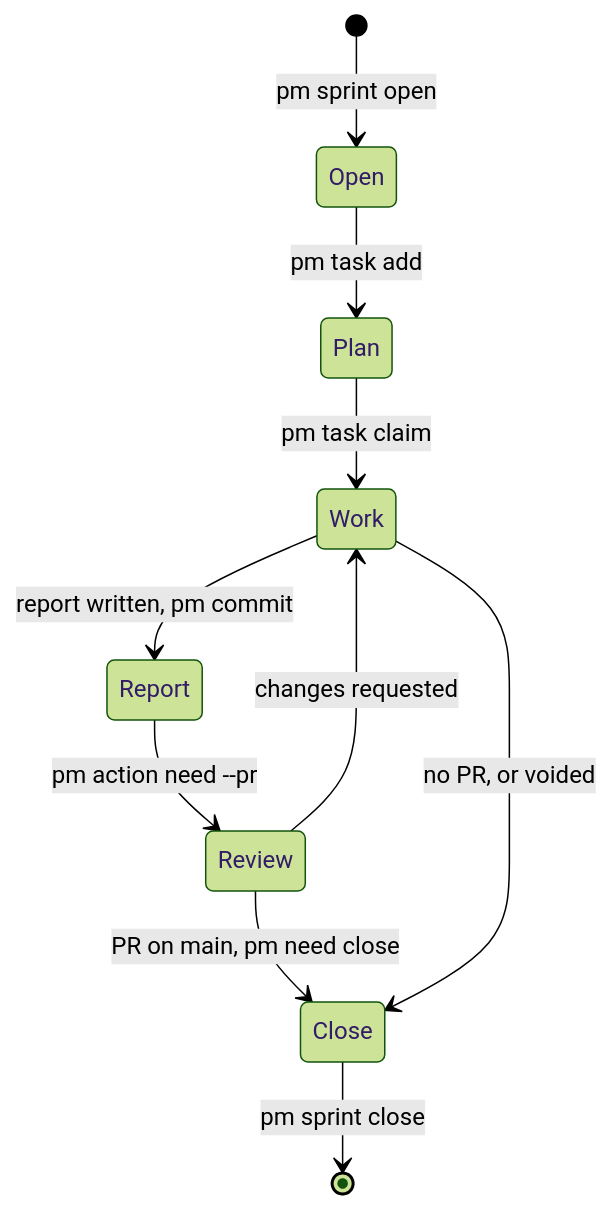
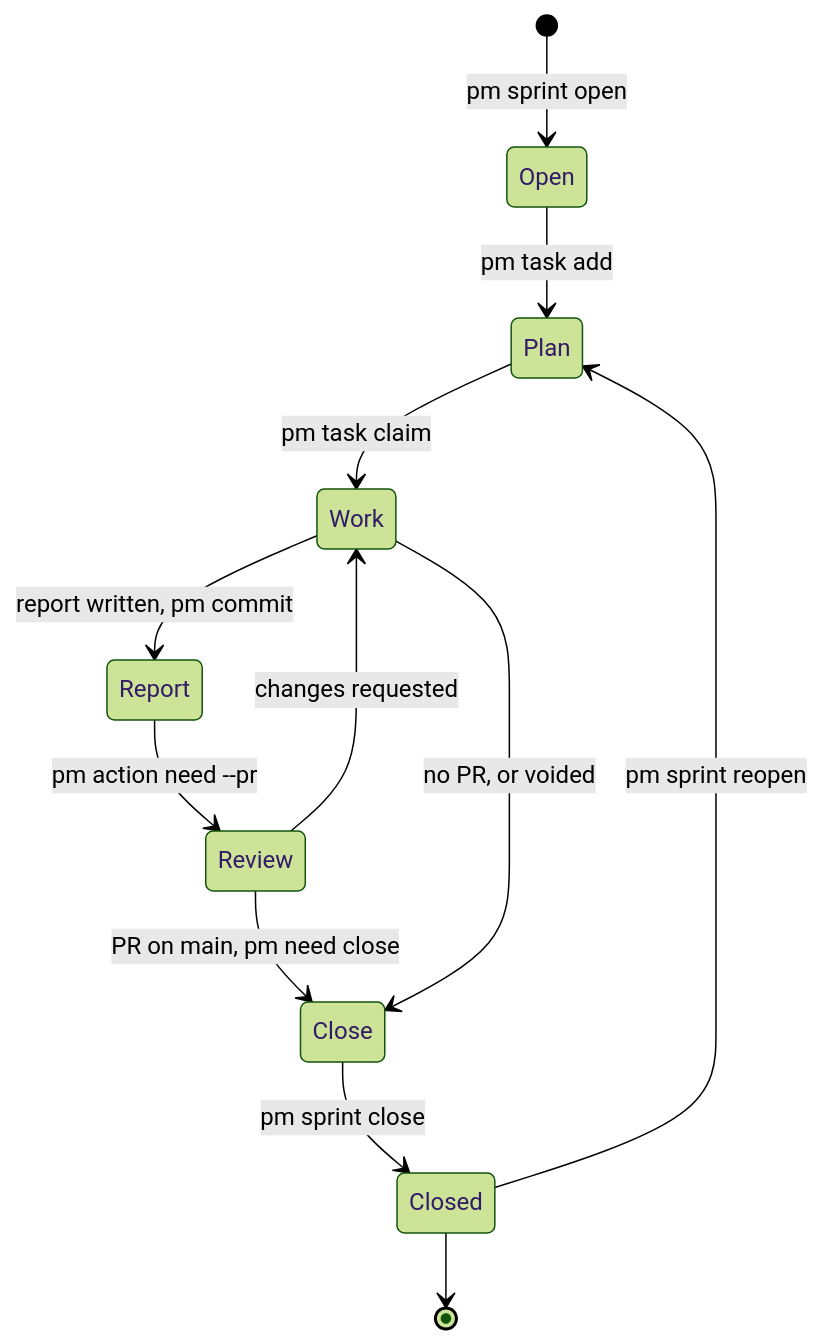
Before and after one commit to Yeeef/pm: the diagram in design/sprint-lifecycle.md, drawn with Mermaid (forest theme). The commit also changed other lines of this file and 6 other files, not shown here.

First line of the commit message:
[SPRINT] pm-quality sprint 41: closed, merged as 5d8b86d

````diff
--- a/design/sprint-lifecycle.md
+++ b/design/sprint-lifecycle.md
@@ -79,12 +79,14 @@
 ```mermaid
 stateDiagram-v2
   [*] --> Open: pm sprint open
   Open --> Plan: pm task add
   Plan --> Work: pm task claim
   Work --> Report: report written, pm commit
   Report --> Review: pm action need --pr
   Review --> Work: changes requested
   Review --> Close: PR on main, pm need close
   Work --> Close: no PR, or voided
-  Close --> [*]: pm sprint close
+  Close --> Closed: pm sprint close
+  Closed --> Plan: pm sprint reopen
+  Closed --> [*]
 ```
````
